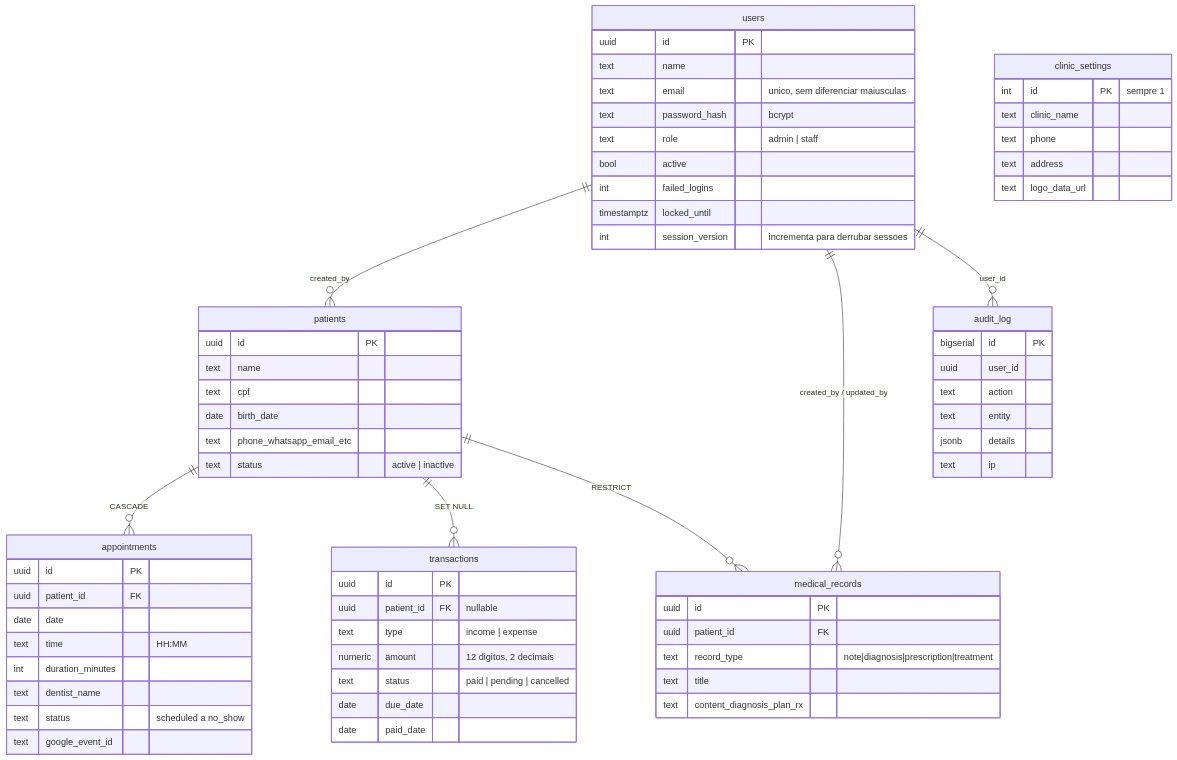
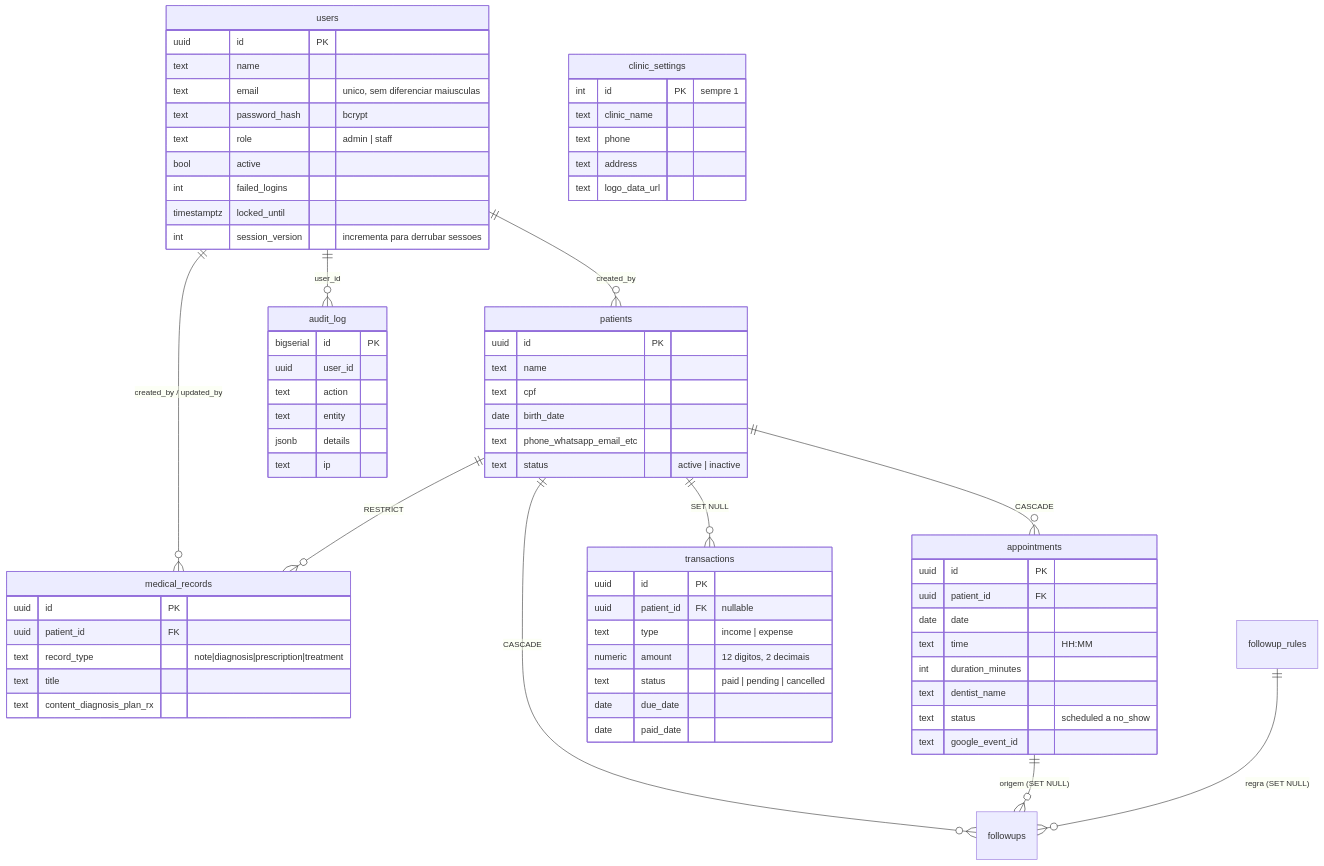
One commit to ELT-22-dev/odontomanage-pro changed the second of 2 diagrams in docs/INFRAESTRUTURA.md. Above: the diagram before and after it, drawn with Mermaid. The commit also changed other lines of this file and 34 other files, not shown here.

````diff
--- a/docs/INFRAESTRUTURA.md
+++ b/docs/INFRAESTRUTURA.md
@@ -156,70 +156,73 @@
 ```mermaid
 erDiagram
   users ||--o{ patients : "created_by"
   users ||--o{ medical_records : "created_by / updated_by"
   users ||--o{ audit_log : "user_id"
   patients ||--o{ appointments : "CASCADE"
   patients ||--o{ transactions : "SET NULL"
   patients ||--o{ medical_records : "RESTRICT"
+  patients ||--o{ followups : "CASCADE"
+  appointments ||--o{ followups : "origem (SET NULL)"
+  followup_rules ||--o{ followups : "regra (SET NULL)"
 
   users {
     uuid id PK
     text name
     text email "unico, sem diferenciar maiusculas"
     text password_hash "bcrypt"
     text role "admin | staff"
     bool active
     int failed_logins
     timestamptz locked_until
     int session_version "incrementa para derrubar sessoes"
   }
   clinic_settings {
     int id PK "sempre 1"
     text clinic_name
     text phone
     text address
     text logo_data_url
   }
   patients {
     uuid id PK
     text name
     text cpf
     date birth_date
     text phone_whatsapp_email_etc
     text status "active | inactive"
   }
   appointments {
     uuid id PK
     uuid patient_id FK
     date date
     text time "HH:MM"
     int duration_minutes
     text dentist_name
     text status "scheduled a no_show"
     text google_event_id
   }
   transactions {
     uuid id PK
     uuid patient_id FK "nullable"
     text type "income | expense"
     numeric amount "12 digitos, 2 decimais"
     text status "paid | pending | cancelled"
     date due_date
     date paid_date
   }
   medical_records {
     uuid id PK
     uuid patient_id FK
     text record_type "note|diagnosis|prescription|treatment"
     text title
     text content_diagnosis_plan_rx
   }
   audit_log {
     bigserial id PK
     uuid user_id
     text action
     text entity
     jsonb details
     text ip
   }
 ```
````
